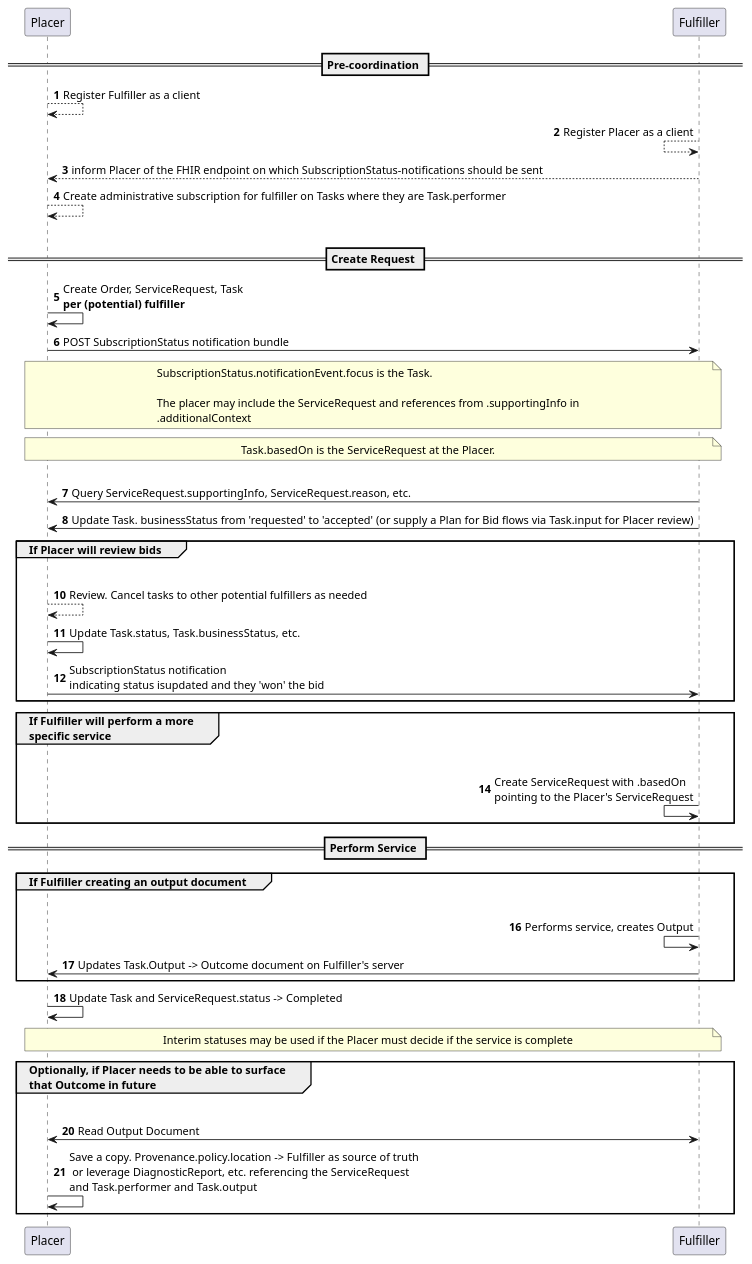
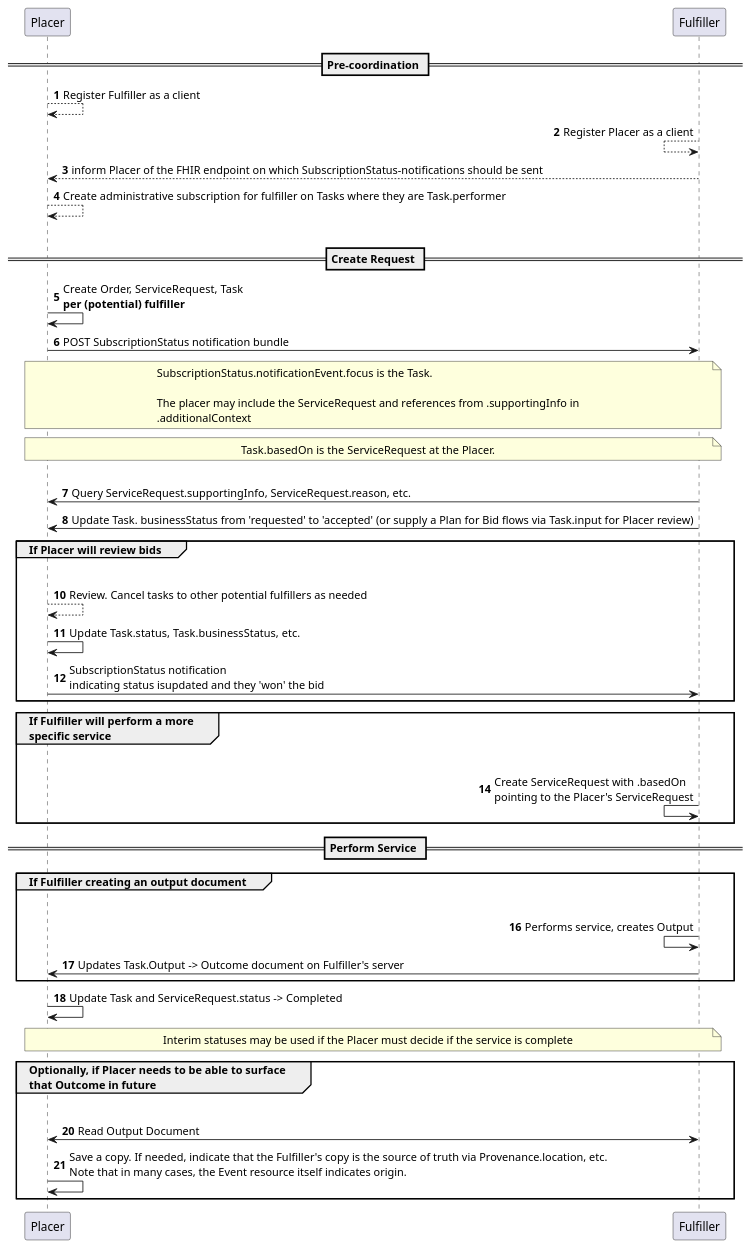
The diagram in input/images-source/subscriptions-general-example-task-at-placer.plantuml (HL7/fhir-cow-ig), drawn with PlantUML before and after one commit. The commit also changed 1 other file, not shown here.

Commit message:
Updated diagrams

```diff
--- a/input/images-source/subscriptions-general-example-task-at-placer.plantuml
+++ b/input/images-source/subscriptions-general-example-task-at-placer.plantuml
@@ -1,75 +1,75 @@
 @startuml
 autonumber
 'skinparam svgDimensionStyle false
 'skinparam sequenceMessageAlign center
 
 == Pre-coordination ==
 
 Placer --> Placer: Register Fulfiller as a client
 
 Fulfiller <-- Fulfiller: Register Placer as a client
 
 Placer <-- Fulfiller: inform Placer of the FHIR endpoint on which SubscriptionStatus-notifications should be sent
 
 
 Placer --> Placer: Create administrative subscription for fulfiller on Tasks where they are Task.performer
 ||20||
 == Create Request ==
 
 Placer -> Placer : Create Order, ServiceRequest, Task\n**per (potential) fulfiller**
 
 Placer -> Fulfiller: POST SubscriptionStatus notification bundle
 
 note over Placer,Fulfiller
 SubscriptionStatus.notificationEvent.focus is the Task. 
 
 The placer may include the ServiceRequest and references from .supportingInfo in 
 .additionalContext
 end note
 
 note over Placer,Fulfiller
 Task.basedOn is the ServiceRequest at the Placer. 
 end note
 
 ||20||
 
 Fulfiller -> Placer : Query ServiceRequest.supportingInfo, ServiceRequest.reason, etc.
 
 Fulfiller -> Placer : Update Task. businessStatus from 'requested' to 'accepted' (or supply a Plan for Bid flows via Task.input for Placer review)
 
 
 group If Placer will review bids
     Placer -[hidden]>Fulfiller:
     Placer --> Placer : Review. Cancel tasks to other potential fulfillers as needed
     Placer -> Placer : Update Task.status, Task.businessStatus, etc. 
     Placer -> Fulfiller : SubscriptionStatus notification \nindicating status isupdated and they 'won' the bid
 
 end
 
 group If Fulfiller will perform a more\nspecific service
     Fulfiller-[hidden]>Placer:
     Fulfiller <- Fulfiller : Create ServiceRequest with .basedOn\npointing to the Placer's ServiceRequest 
 
 end
 
 == Perform Service ==
 
 group If Fulfiller creating an output document
     Fulfiller-[hidden]>Placer:
     Fulfiller <- Fulfiller : Performs service, creates Output
     Fulfiller -> Placer : Updates Task.Output -> Outcome document on Fulfiller's server
 
 end
 
 Placer -> Placer : Update Task and ServiceRequest.status -> Completed
 
 note over Placer,Fulfiller
 Interim statuses may be used if the Placer must decide if the service is complete 
 end note
 
 group Optionally, if Placer needs to be able to surface\nthat Outcome in future
     Placer-[hidden]>Fulfiller
     Placer <-> Fulfiller: Read Output Document
-    Placer -> Placer : Save a copy. Provenance.policy.location -> Fulfiller as source of truth\n or leverage DiagnosticReport, etc. referencing the ServiceRequest\nand Task.performer and Task.output
+    Placer -> Placer : Save a copy. If needed, indicate that the Fulfiller's copy is the source of truth via Provenance.location, etc.\nNote that in many cases, the Event resource itself indicates origin. 
 end
 @enduml
```
